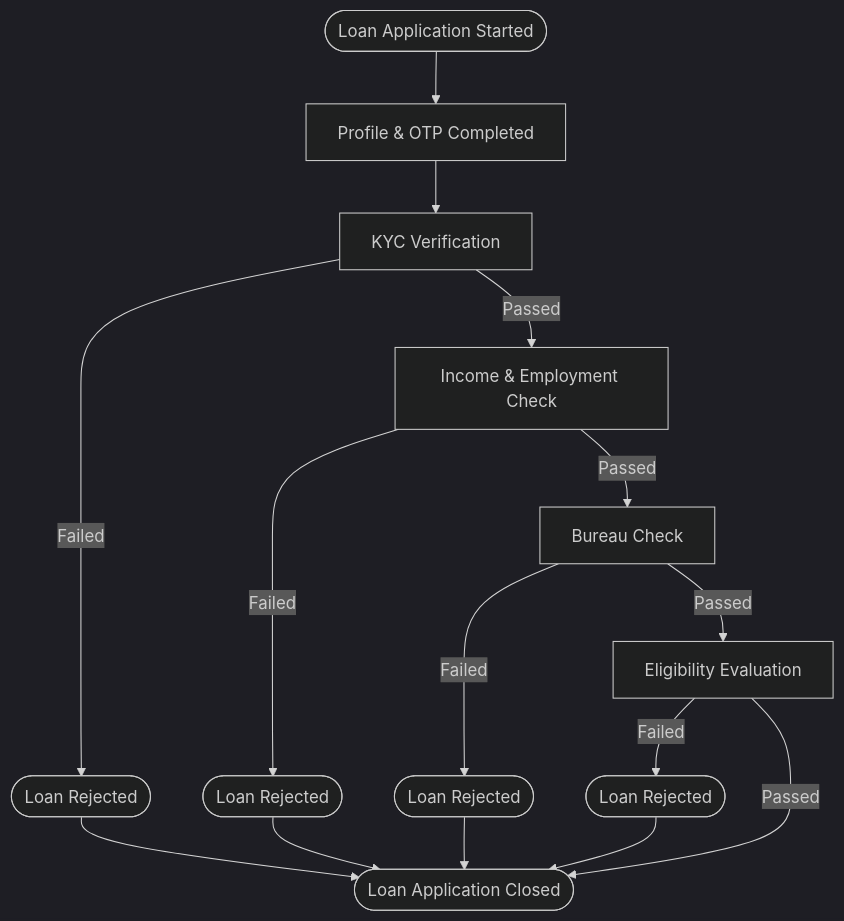
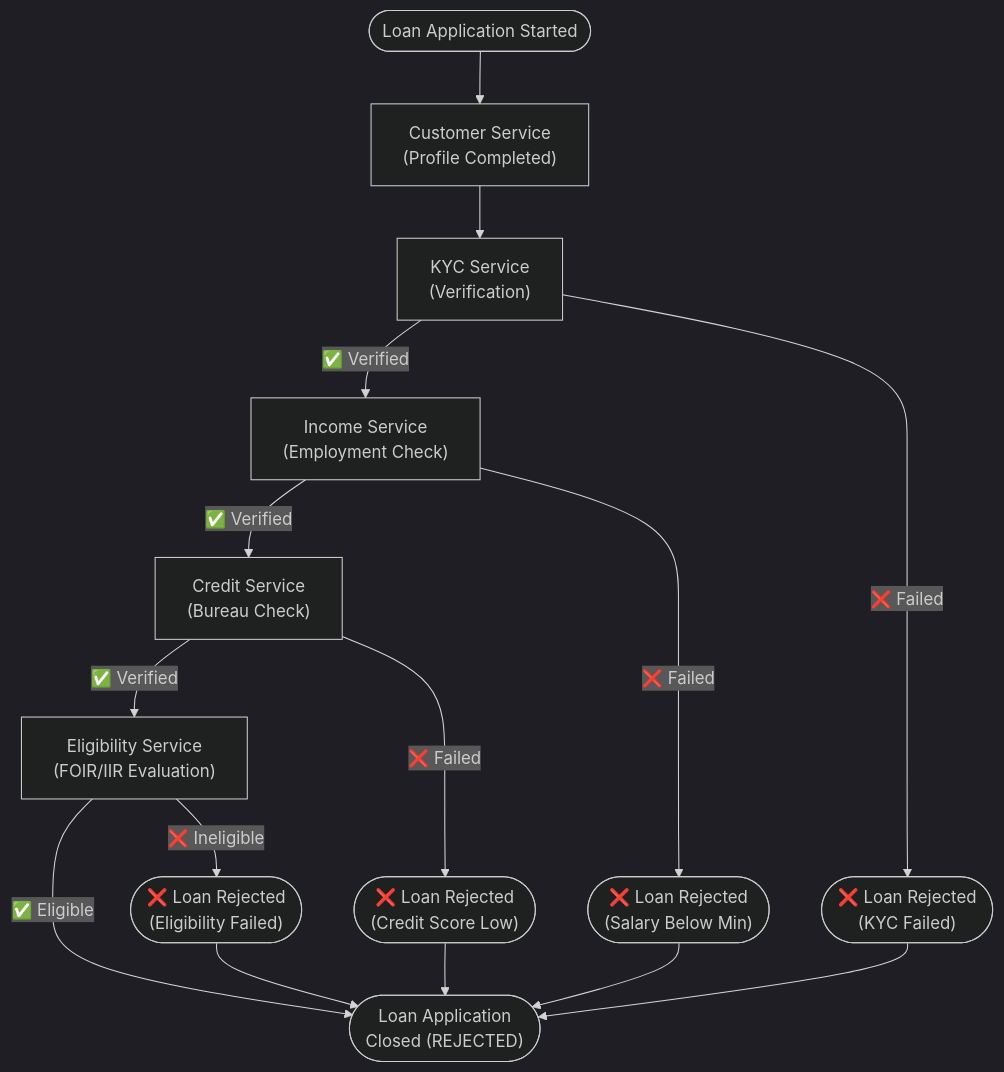
The diagram in docs/lifecycle/daigrams/flow/loan-rejection-path.mmd (digital-loan-org/digital-loan-architecture), drawn with Mermaid (dark theme) before and after one commit. The commit also changed 19 other files, not shown here.

Commit message:
Updated the architecture

```diff
--- a/docs/lifecycle/daigrams/flow/loan-rejection-path.mmd
+++ b/docs/lifecycle/daigrams/flow/loan-rejection-path.mmd
@@ -1,35 +1,35 @@
 flowchart TD
     Start([Loan Application Started])
 
-    Profile[Profile & OTP Completed]
-    KYC[KYC Verification]
-    Income[Income & Employment Check]
-    Bureau[Bureau Check]
-    Eligibility[Eligibility Evaluation]
+    Profile["Customer Service<br/>(Profile Completed)"]
+    KYC["KYC Service<br/>(Verification)"]
+    Income["Income Service<br/>(Employment Check)"]
+    Credit["Credit Service<br/>(Bureau Check)"]
+    Eligibility["Eligibility Service<br/>(FOIR/IIR Evaluation)"]
 
-    RejectKYC([Loan Rejected])
-    RejectIncome([Loan Rejected])
-    RejectBureau([Loan Rejected])
-    RejectEligibility([Loan Rejected])
+    RejectKYC(["❌ Loan Rejected<br/>(KYC Failed)"])
+    RejectIncome(["❌ Loan Rejected<br/>(Salary Below Min)"])
+    RejectCredit(["❌ Loan Rejected<br/>(Credit Score Low)"])
+    RejectElig(["❌ Loan Rejected<br/>(Eligibility Failed)"])
 
-    End([Loan Application Closed])
+    End(["Loan Application<br/>Closed (REJECTED)"])
 
     Start --> Profile
     Profile --> KYC
 
-    KYC -->|Failed| RejectKYC
-    KYC -->|Passed| Income
+    KYC -->|✅ Verified| Income
+    KYC -->|❌ Failed| RejectKYC
 
-    Income -->|Failed| RejectIncome
-    Income -->|Passed| Bureau
+    Income -->|✅ Verified| Credit
+    Income -->|❌ Failed| RejectIncome
 
-    Bureau -->|Failed| RejectBureau
-    Bureau -->|Passed| Eligibility
+    Credit -->|✅ Verified| Eligibility
+    Credit -->|❌ Failed| RejectCredit
 
-    Eligibility -->|Failed| RejectEligibility
-    Eligibility -->|Passed| End
+    Eligibility -->|✅ Eligible| End
+    Eligibility -->|❌ Ineligible| RejectElig
 
     RejectKYC --> End
     RejectIncome --> End
-    RejectBureau --> End
-    RejectEligibility --> End
+    RejectCredit --> End
+    RejectElig --> End
```
